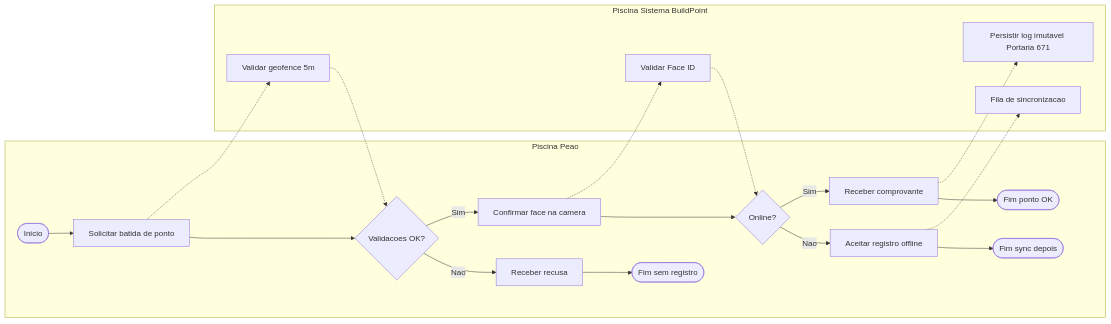
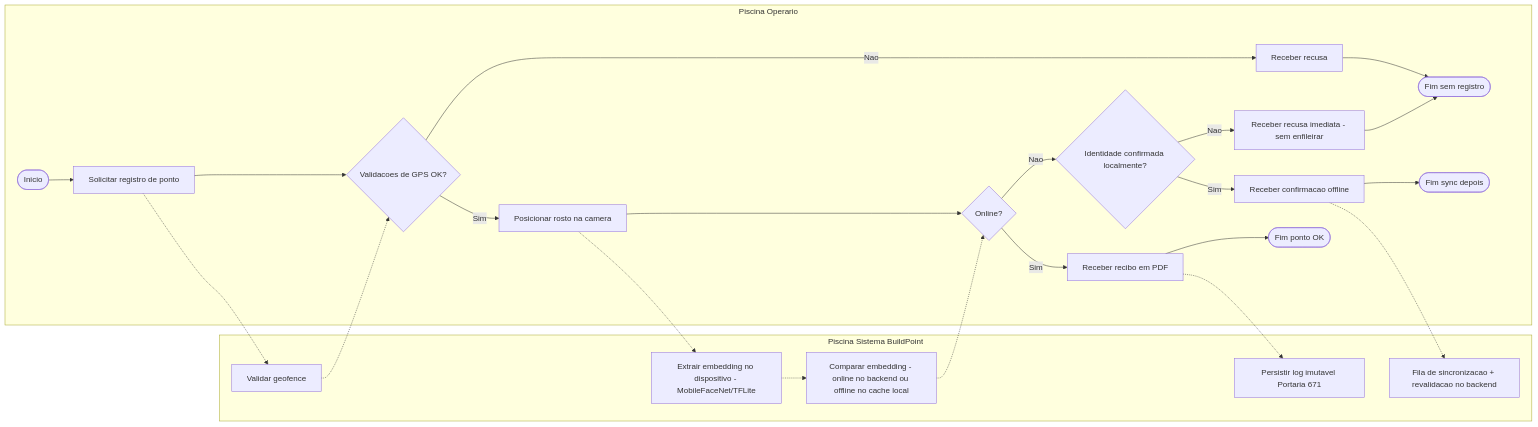
Before and after one commit to kelvinvass22/BuildPointIdAnexos: the second of 2 diagrams in docs/05-diagrama-de-atividades.md, drawn with Mermaid. The commit also changed other lines of this file and 6 other files, not shown here.

First line of the commit message:
docs: atualizar requisitos, diagramas e notas da Etapa 3 para refletir o sistema implementado

````diff
--- a/docs/05-diagrama-de-atividades.md
+++ b/docs/05-diagrama-de-atividades.md
@@ -41,29 +49,34 @@
 ```mermaid
 flowchart LR
-  subgraph PeaoLane[Piscina Peao]
-    A([Inicio]) --> B[Solicitar batida de ponto]
-    B --> C{Validacoes OK?}
+  subgraph OperarioLane[Piscina Operario]
+    A([Inicio]) --> B[Solicitar registro de ponto]
+    B --> C{Validacoes de GPS OK?}
     C -->|Nao| D[Receber recusa]
     D --> Z1([Fim sem registro])
-    C -->|Sim| E[Confirmar face na camera]
+    C -->|Sim| E[Posicionar rosto na camera]
     E --> F{Online?}
-    F -->|Nao| G[Aceitar registro offline]
-    F -->|Sim| H[Receber comprovante]
-    G --> Z2([Fim sync depois])
+    F -->|Sim| H[Receber recibo em PDF]
+    F -->|Nao| G{Identidade confirmada localmente?}
+    G -->|Nao| D2[Receber recusa imediata - sem enfileirar]
+    D2 --> Z1
+    G -->|Sim| I[Receber confirmacao offline]
     H --> Z3([Fim ponto OK])
+    I --> Z2([Fim sync depois])
   end
 
   subgraph SistemaLane[Piscina Sistema BuildPoint]
-    S1[Validar geofence 5m]
-    S2[Validar Face ID]
+    S0[Extrair embedding no dispositivo - MobileFaceNet/TFLite]
+    S1[Validar geofence]
+    S2[Comparar embedding - online no backend ou offline no cache local]
     S3[Persistir log imutavel Portaria 671]
-    S4[Fila de sincronizacao]
+    S4[Fila de sincronizacao + revalidacao no backend]
   end
 
   B -.-> S1
   S1 -.-> C
-  E -.-> S2
+  E -.-> S0
+  S0 -.-> S2
   S2 -.-> F
   H -.-> S3
-  G -.-> S4
+  I -.-> S4
 ```
````
